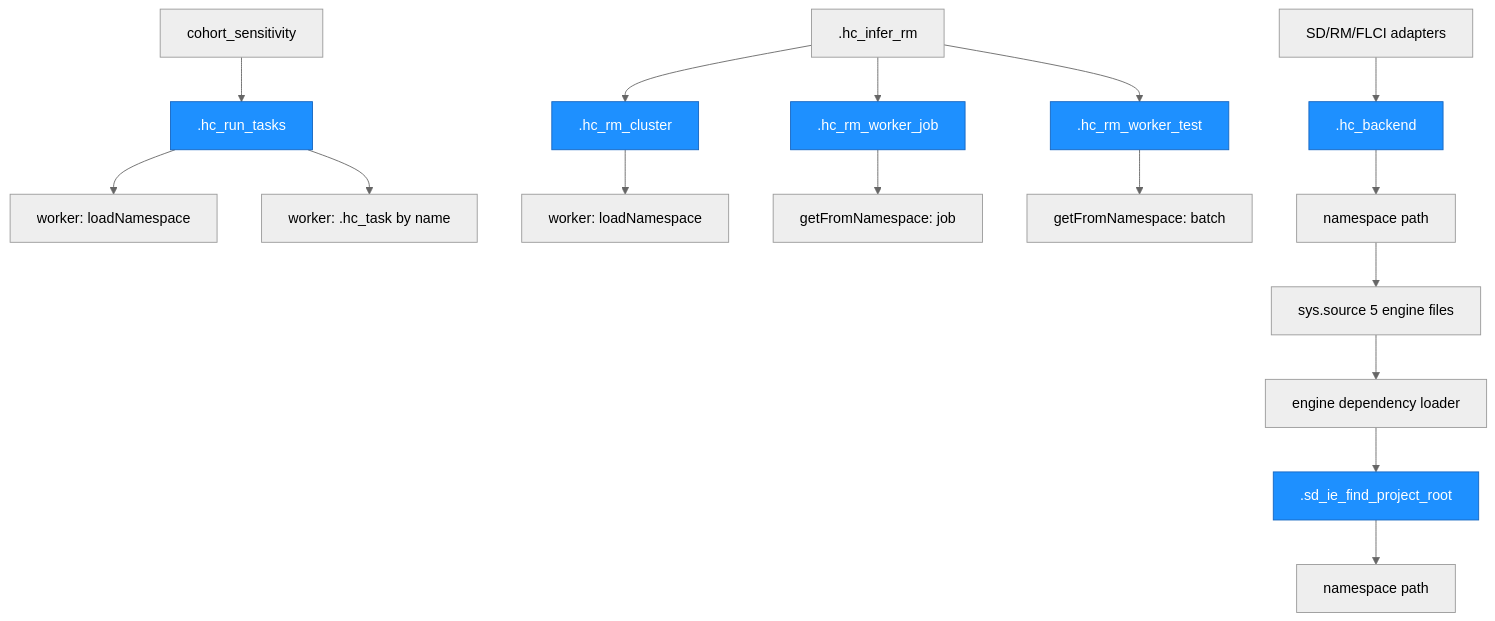
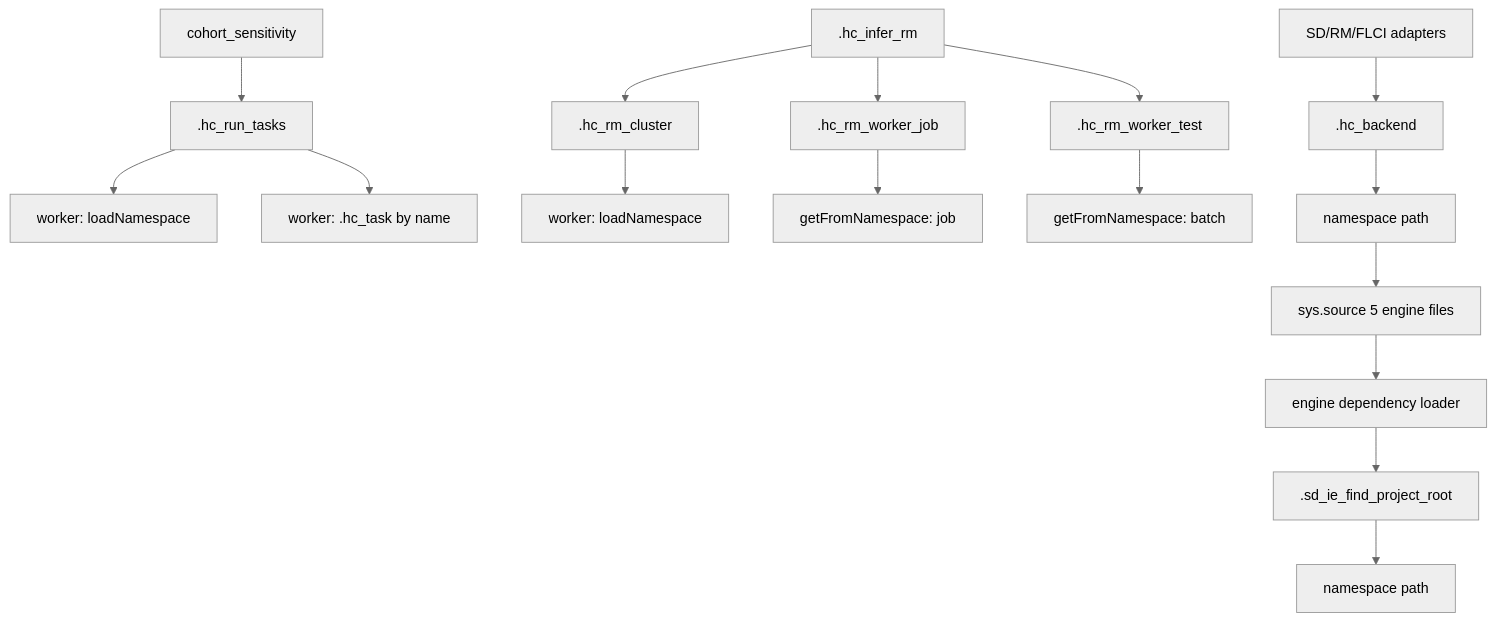
Before and after one commit to lzy318/CohortHonestDiD: the seventh of 8 diagrams in Architecture.md, drawn with Mermaid. The commit also changed other lines of this file and 7 other files, not shown here.

````diff
--- a/Architecture.md
+++ b/Architecture.md
@@ -559,25 +489,19 @@
 ```mermaid
 %%{init: {'theme': 'neutral'}}%%
 graph TD
     Sens["cohort_sensitivity"] --> Run[".hc_run_tasks"]
     Run --> Load1["worker: loadNamespace"]
     Run --> Get1["worker: .hc_task by name"]
     RM[".hc_infer_rm"] --> Cluster[".hc_rm_cluster"]
     Cluster --> Load2["worker: loadNamespace"]
     RM --> Job[".hc_rm_worker_job"]
     Job --> Get2["getFromNamespace: job"]
     RM --> WTest[".hc_rm_worker_test"]
     WTest --> Get3["getFromNamespace: batch"]
     Adapters["SD/RM/FLCI adapters"] --> Backend[".hc_backend"]
     Backend --> Path1["namespace path"]
     Path1 --> Source["sys.source 5 engine files"]
     Source --> Deps["engine dependency loader"]
     Deps --> Root[".sd_ie_find_project_root"]
     Root --> Path2["namespace path"]
-    style Run fill:#1e90ff,stroke:#1565c0,color:#fff
-    style Cluster fill:#1e90ff,stroke:#1565c0,color:#fff
-    style Job fill:#1e90ff,stroke:#1565c0,color:#fff
-    style WTest fill:#1e90ff,stroke:#1565c0,color:#fff
-    style Backend fill:#1e90ff,stroke:#1565c0,color:#fff
-    style Root fill:#1e90ff,stroke:#1565c0,color:#fff
 ```
````
